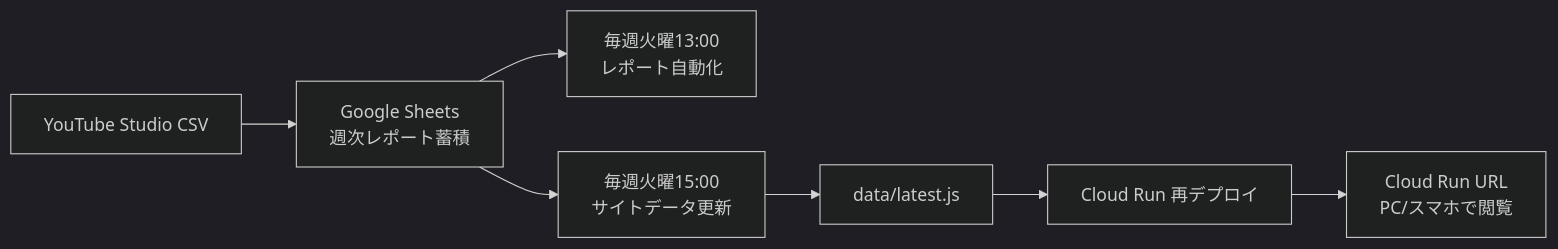
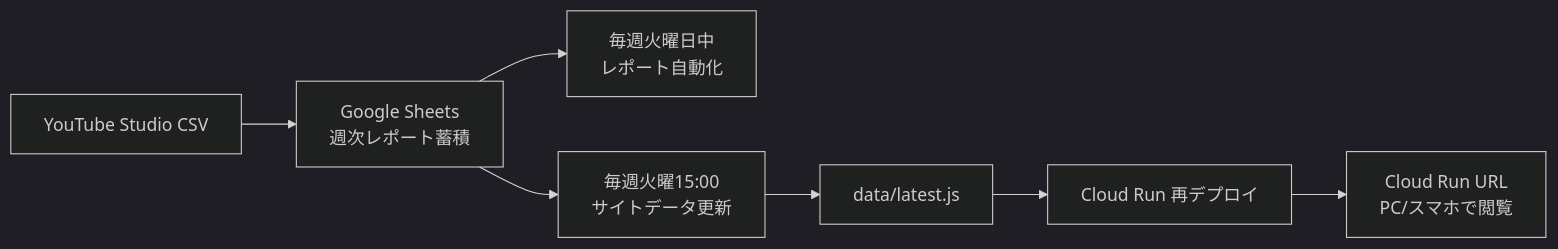
The diagram in docs/google-cloud-design.md (tomohiroterakado-cpu/AKB48_Youtube-weekly-dashboard), drawn with Mermaid (dark theme) before and after one commit. The commit also changed 6 other files, not shown here.

````diff
--- a/docs/google-cloud-design.md
+++ b/docs/google-cloud-design.md
@@ -7,9 +7,9 @@
 ```mermaid
 flowchart LR
   CSV["YouTube Studio CSV"] --> Sheet["Google Sheets<br/>週次レポート蓄積"]
-  Sheet --> Report["毎週火曜13:00<br/>レポート自動化"]
+  Sheet --> Report["毎週火曜日中<br/>レポート自動化"]
   Sheet --> Update["毎週火曜15:00<br/>サイトデータ更新"]
   Update --> Data["data/latest.js"]
   Data --> Deploy["Cloud Run 再デプロイ"]
   Deploy --> URL["Cloud Run URL<br/>PC/スマホで閲覧"]
 ```
````
